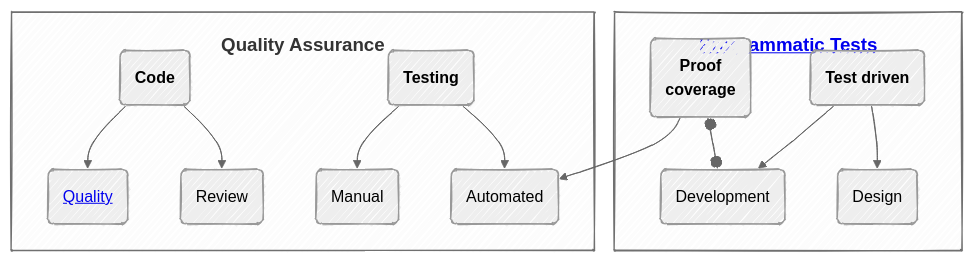
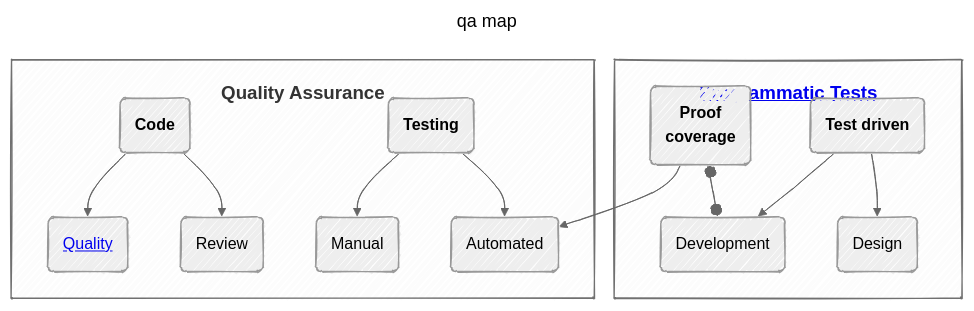
Before and after one commit to Kyriosity/read-write: the diagram in README+/software/QA/README.md, drawn with Mermaid. The commit also changed other lines of this file, not shown here.

````diff
--- a/README+/software/QA/README.md
+++ b/README+/software/QA/README.md
@@ -18,21 +14,22 @@
 ```mermaid
 ---
+title: qa map
 config:
   look: handDrawn
   theme: neutral
 ---
 graph TB
  c1-->QA2
     subgraph "<h3><a href="https://github.com/Kyriosity/read-write/tree/main/README%2B/software/tests">Programmatic Tests</a></h3>"
     c1("<b>Proof</br>coverage</b>")
       TDD("<b>Test driven</b>")-->TDDev("Development")
       TDD-->TDDes("Design")
      c1 o--o TDDev
     end
     subgraph "<h3>Quality Assurance</h3>"
     a1(<b>Code</b>)-->a2(<a href="https://github.com/Kyriosity/read-write/blob/main/README%2B/software/QA/README+/code-quality.md">Quality</a>)
   a1-->a3("Review")
     T1("<b>Testing</b>")-->QA1("Manual")
     T1("<b>Testing</b>")-->QA2(Automated)
     end
 ```
````
